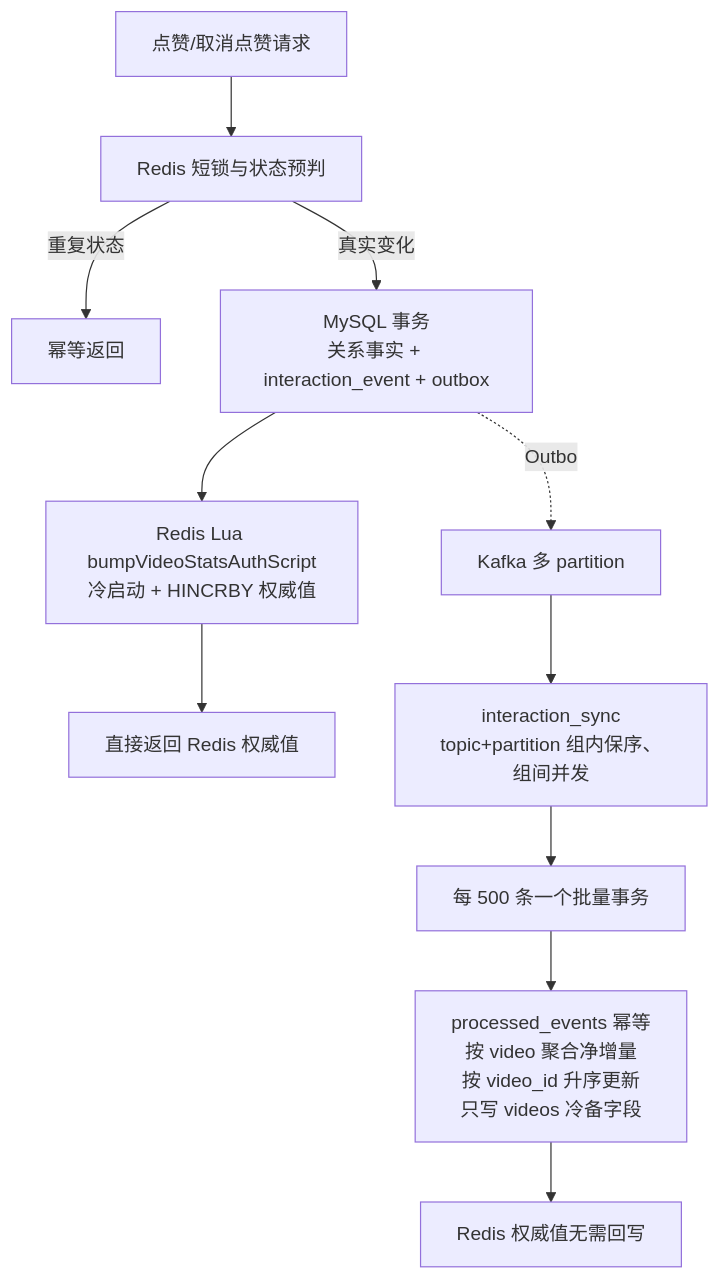
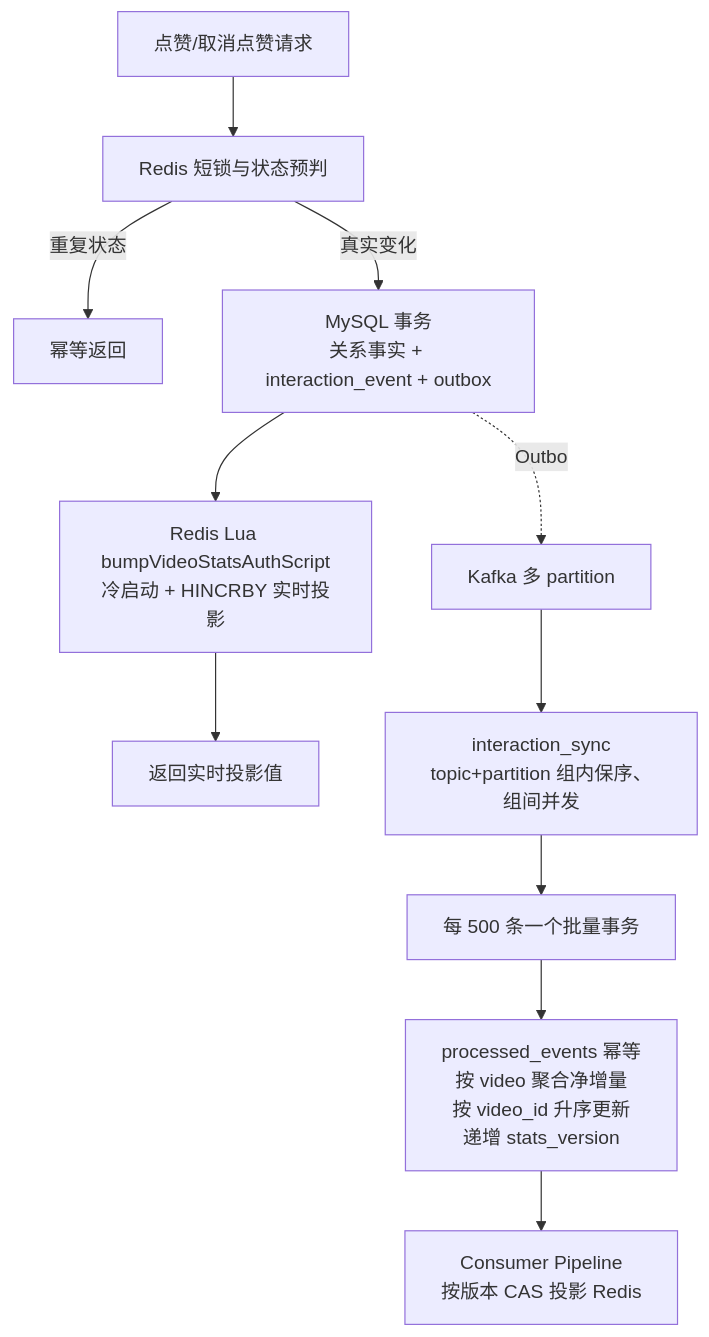
Before and after one commit to Redeemz473/feedsystem-zero: diagram 13 of 24 in docs/PROJECT_OVERVIEW.md, drawn with Mermaid. The commit also changed other lines of this file and 38 other files, not shown here.

````diff
--- a/docs/PROJECT_OVERVIEW.md
+++ b/docs/PROJECT_OVERVIEW.md
@@ -2220,13 +2212,13 @@
 ```mermaid
 flowchart TD
     A[点赞/取消点赞请求] --> B[Redis 短锁与状态预判]
     B -->|重复状态| C[幂等返回]
     B -->|真实变化| D[MySQL 事务<br/>关系事实 + interaction_event + outbox]
-    D --> E[Redis Lua bumpVideoStatsAuthScript<br/>冷启动 + HINCRBY 权威值]
-    E --> F[直接返回 Redis 权威值]
+    D --> E[Redis Lua bumpVideoStatsAuthScript<br/>冷启动 + HINCRBY 实时投影]
+    E --> F[返回实时投影值]
     D -.Outbox.-> K[Kafka 多 partition]
     K --> G[interaction_sync<br/>topic+partition 组内保序、组间并发]
     G --> H[每 500 条一个批量事务]
-    H --> I[processed_events 幂等<br/>按 video 聚合净增量<br/>按 video_id 升序更新<br/>只写 videos 冷备字段]
-    I --> J[Redis 权威值无需回写]
+    H --> I[processed_events 幂等<br/>按 video 聚合净增量<br/>按 video_id 升序更新<br/>递增 stats_version]
+    I --> J[Consumer Pipeline<br/>按版本 CAS 投影 Redis]
 ```
````
